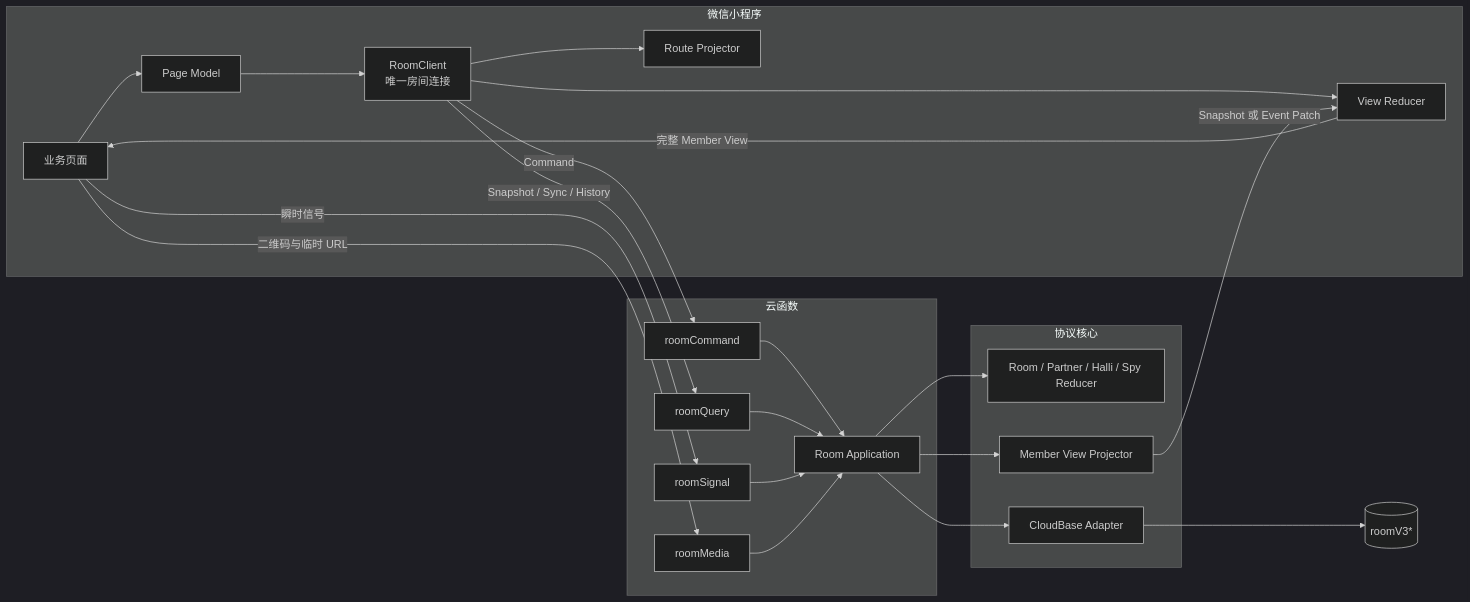
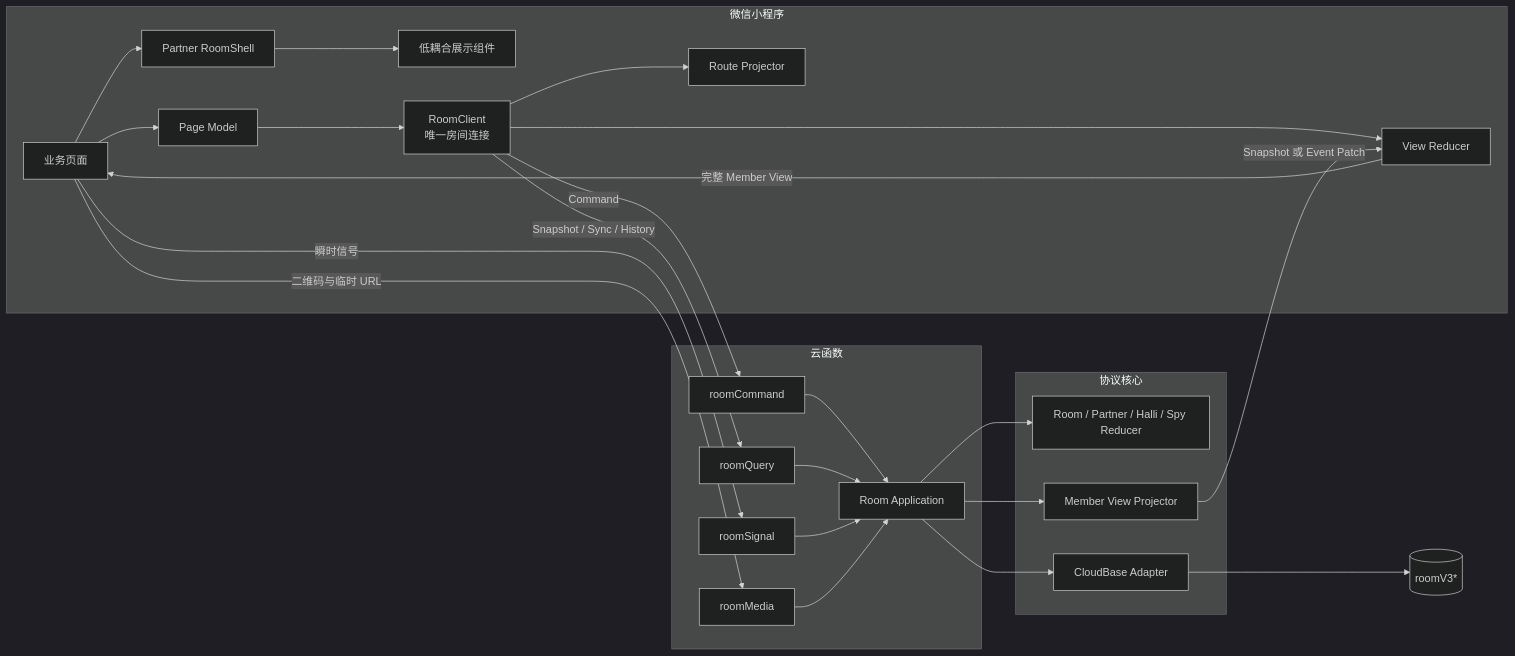
One commit to Bubble-419/cardboard-miniprogram changed the second of 4 diagrams in docs/ROOM_SYSTEM_INDEX.md. Above: the diagram before and after it, drawn with Mermaid (dark theme). The commit also changed other lines of this file and 45 other files, not shown here.

Commit message:
refactor: stabilize partner room shell

````diff
--- a/docs/ROOM_SYSTEM_INDEX.md
+++ b/docs/ROOM_SYSTEM_INDEX.md
@@ -35,42 +35,45 @@
 ```mermaid
 flowchart LR
   subgraph Client[微信小程序]
     PAGE[业务页面]
+    SHELL[Partner RoomShell]
+    WIDGET[低耦合展示组件]
     PM[Page Model]
     RC[RoomClient<br/>唯一房间连接]
     VR[View Reducer]
     NAV[Route Projector]
     PAGE --> PM --> RC
+    PAGE --> SHELL --> WIDGET
     RC --> VR
     RC --> NAV
   end
 
   subgraph Functions[云函数]
     CMD[roomCommand]
     QUERY[roomQuery]
     SIGNAL[roomSignal]
     MEDIA[roomMedia]
     APP[Room Application]
     CMD --> APP
     QUERY --> APP
     SIGNAL --> APP
     MEDIA --> APP
   end
 
   subgraph Core[协议核心]
     DOMAIN[Room / Partner / Halli / Spy Reducer]
     PROJ[Member View Projector]
     REPO[CloudBase Adapter]
     APP --> DOMAIN
     APP --> PROJ
     APP --> REPO
   end
 
   RC -->|Command| CMD
   RC -->|Snapshot / Sync / History| QUERY
   PAGE -->|瞬时信号| SIGNAL
   PAGE -->|二维码与临时 URL| MEDIA
   REPO --> DB[(roomV3*)]
   PROJ -->|Snapshot 或 Event Patch| VR
   VR -->|完整 Member View| PAGE
 ```
````
